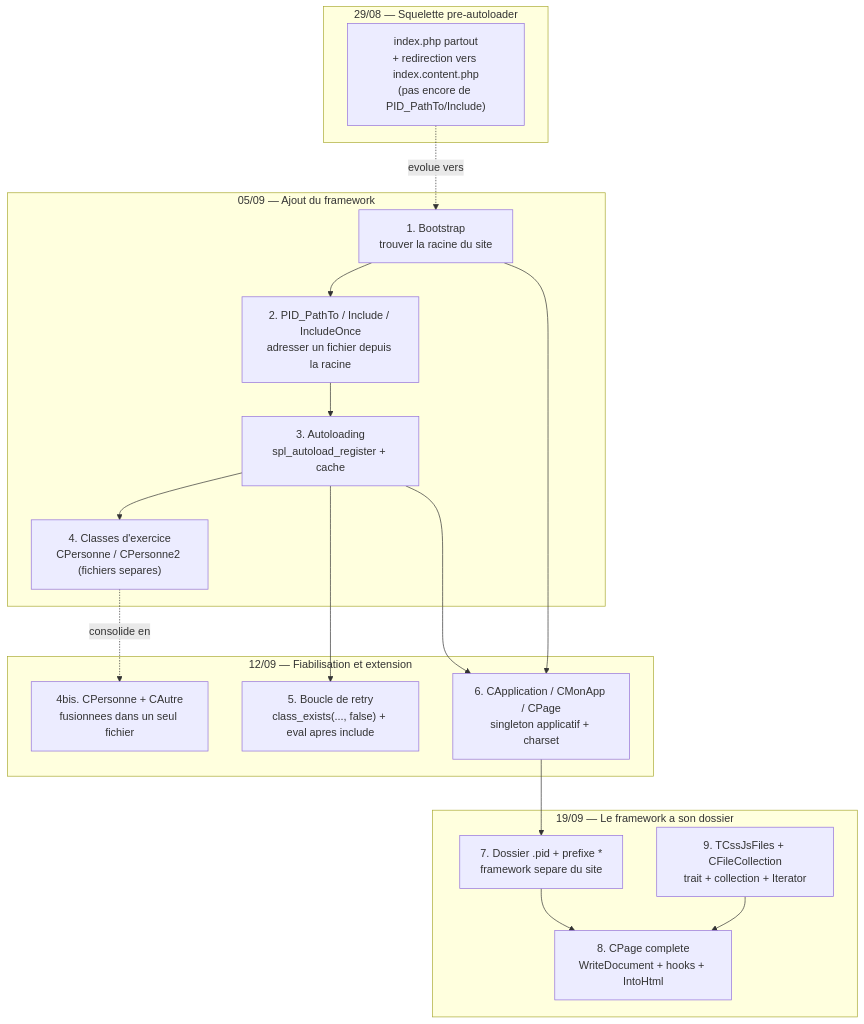
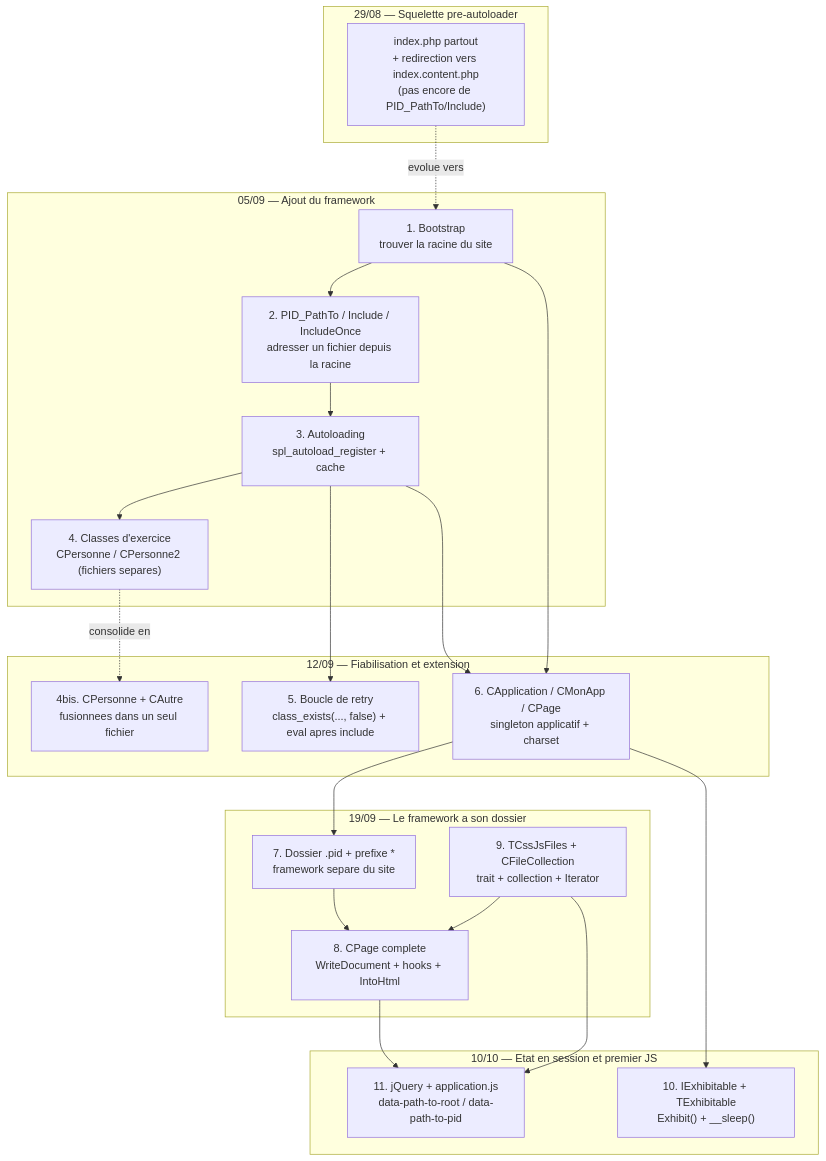
Before and after one commit to ernesthdj/PID: the diagram in docs/academique/MOC — PID.md, drawn with Mermaid. The commit also changed other lines of this file and 25 other files, not shown here.

````diff
--- a/docs/academique/MOC — PID.md
+++ b/docs/academique/MOC — PID.md
@@ -18,31 +20,38 @@
 ```mermaid
 flowchart TD
     subgraph "29/08 — Squelette pre-autoloader"
         S0["index.php partout<br/>+ redirection vers index.content.php<br/>(pas encore de PID_PathTo/Include)"]
     end
     subgraph "05/09 — Ajout du framework"
         B["1. Bootstrap<br/>trouver la racine du site"]
         U["2. PID_PathTo / Include / IncludeOnce<br/>adresser un fichier depuis la racine"]
         A["3. Autoloading<br/>spl_autoload_register + cache"]
         P["4. Classes d'exercice<br/>CPersonne / CPersonne2 (fichiers separes)"]
         B --> U --> A --> P
     end
     subgraph "12/09 — Fiabilisation et extension"
         R["5. Boucle de retry<br/>class_exists(..., false) + eval apres include"]
         CA["6. CApplication / CMonApp / CPage<br/>singleton applicatif + charset"]
         POO2["4bis. CPersonne + CAutre<br/>fusionnees dans un seul fichier"]
     end
     subgraph "19/09 — Le framework a son dossier"
         D["7. Dossier .pid + prefixe *<br/>framework separe du site"]
         PG["8. CPage complete<br/>WriteDocument + hooks + IntoHtml"]
         TR["9. TCssJsFiles + CFileCollection<br/>trait + collection + Iterator"]
     end
+    subgraph "10/10 — Etat en session et premier JS"
+        EX["10. IExhibitable + TExhibitable<br/>Exhibit() + __sleep()"]
+        JS["11. jQuery + application.js<br/>data-path-to-root / data-path-to-pid"]
+    end
     S0 -.evolue vers.-> B
     A --> R
     P -.consolide en.-> POO2
     B --> CA
     A --> CA
     CA --> D
     D --> PG
     TR --> PG
+    CA --> EX
+    PG --> JS
+    TR --> JS
 ```
````
